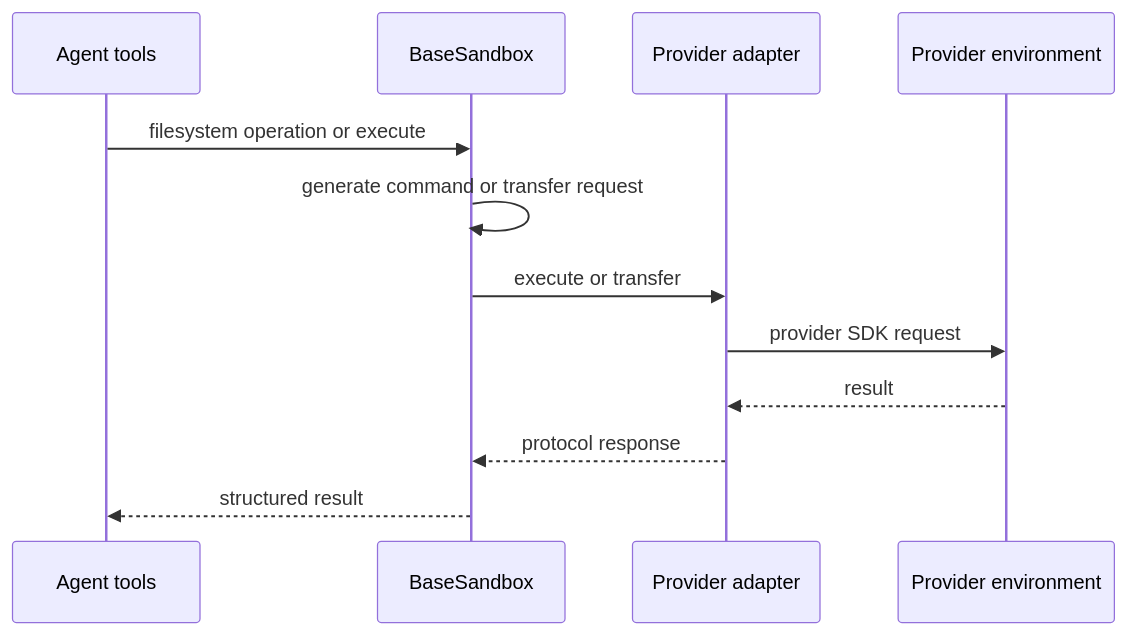
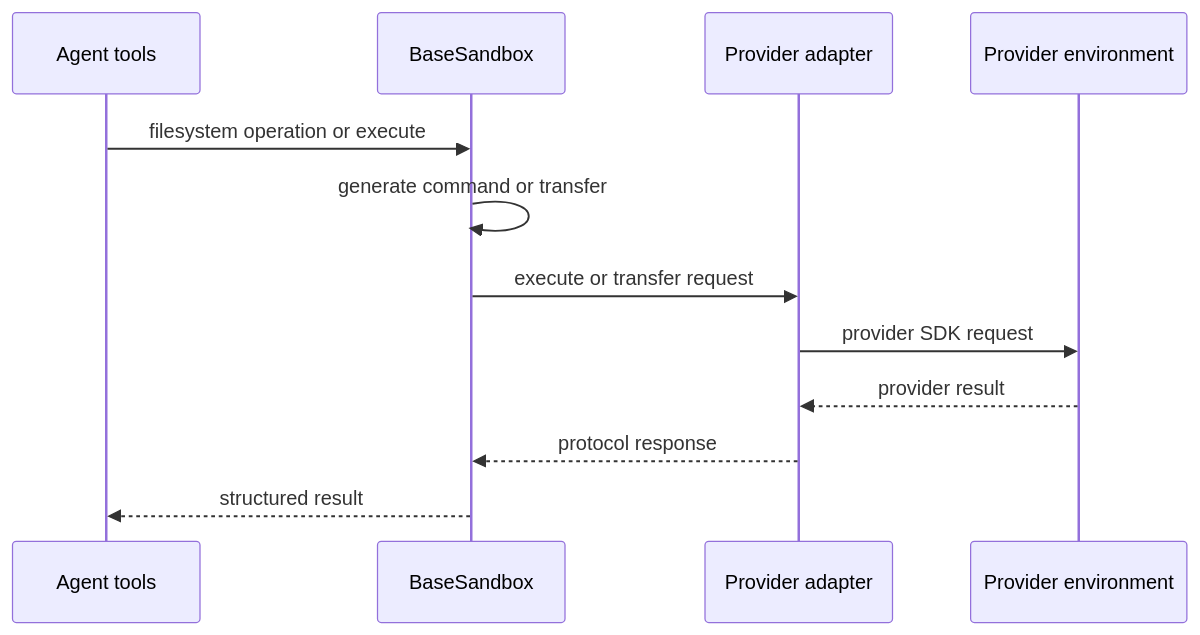
The first of 4 diagrams in openwiki/integrations/sandbox-partners.md (langchain-ai/deepagents), drawn with Mermaid before and after one commit. The commit also changed other lines of this file and 39 other files, not shown here.

````diff
--- a/openwiki/integrations/sandbox-partners.md
+++ b/openwiki/integrations/sandbox-partners.md
@@ -50,15 +66,15 @@
 ```mermaid
 sequenceDiagram
     participant Agent as Agent tools
     participant Base as BaseSandbox
     participant Adapter as Provider adapter
-    participant Env as Provider environment
+    participant Environment as Provider environment
 
     Agent->>Base: filesystem operation or execute
-    Base->>Base: generate command or transfer request
-    Base->>Adapter: execute or transfer
-    Adapter->>Env: provider SDK request
-    Env-->>Adapter: result
+    Base->>Base: generate command or transfer
+    Base->>Adapter: execute or transfer request
+    Adapter->>Environment: provider SDK request
+    Environment-->>Adapter: provider result
     Adapter-->>Base: protocol response
     Base-->>Agent: structured result
 ```
````
